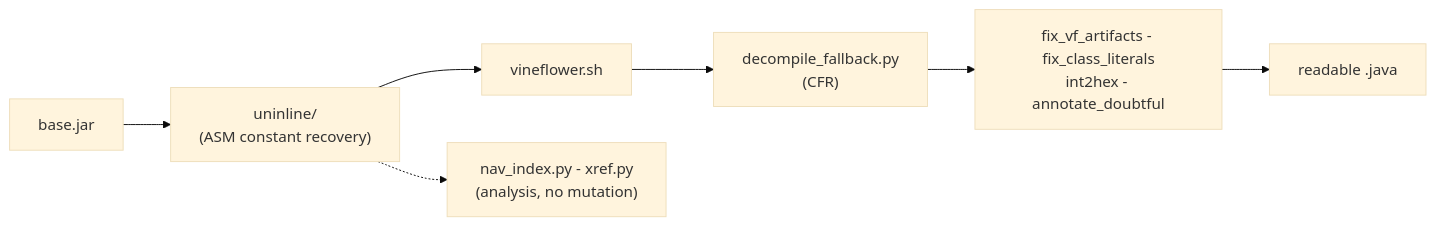
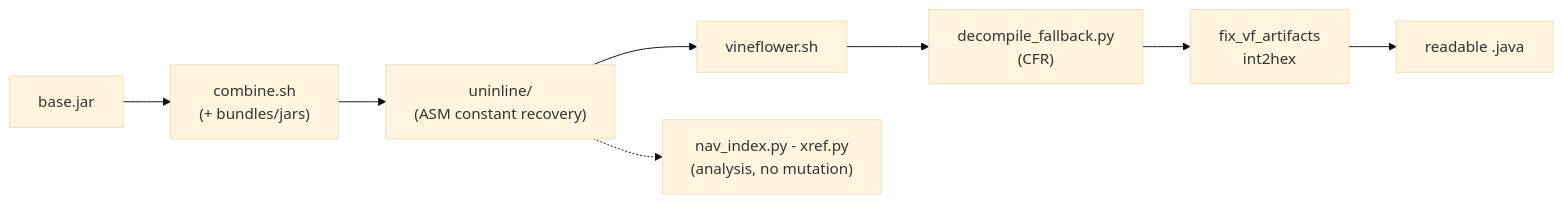
One commit to luka-dev/jxe2jar changed the diagram in tools/README.md. Above: the diagram before and after it, drawn with Mermaid (base theme). The commit also changed other lines of this file and 73 other files, not shown here.

````diff
--- a/tools/README.md
+++ b/tools/README.md
@@ -7,9 +7,10 @@
 ```mermaid
 flowchart LR
-    JAR["base.jar"] --> U["uninline/<br/>(ASM constant recovery)"]
+    JAR["base.jar"] --> C["combine.sh<br/>(+ bundles/jars)"]
+    C --> U["uninline/<br/>(ASM constant recovery)"]
     U --> VF["vineflower.sh"]
     VF --> FB["decompile_fallback.py<br/>(CFR)"]
-    FB --> RP["fix_vf_artifacts - fix_class_literals<br/>int2hex - annotate_doubtful"]
+    FB --> RP["fix_vf_artifacts<br/>int2hex"]
     RP --> SRC["readable .java"]
     U -.-> NAV["nav_index.py - xref.py<br/>(analysis, no mutation)"]
 ```
````
